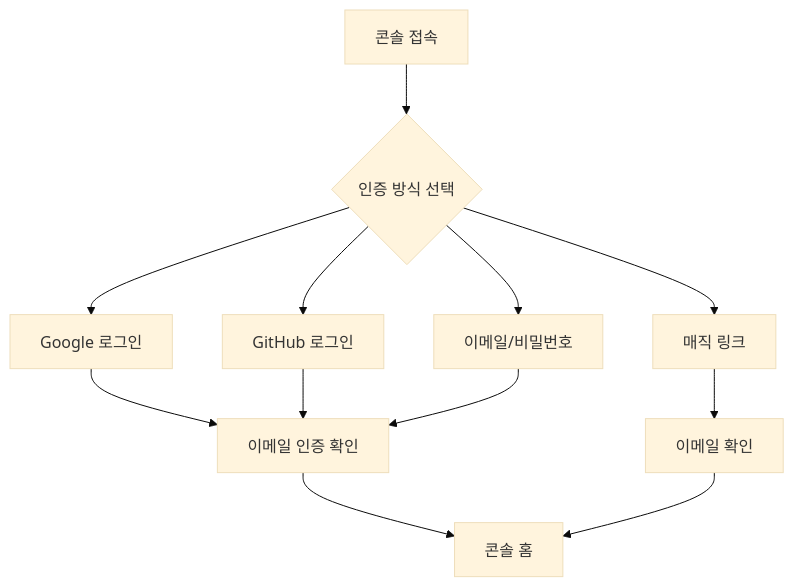
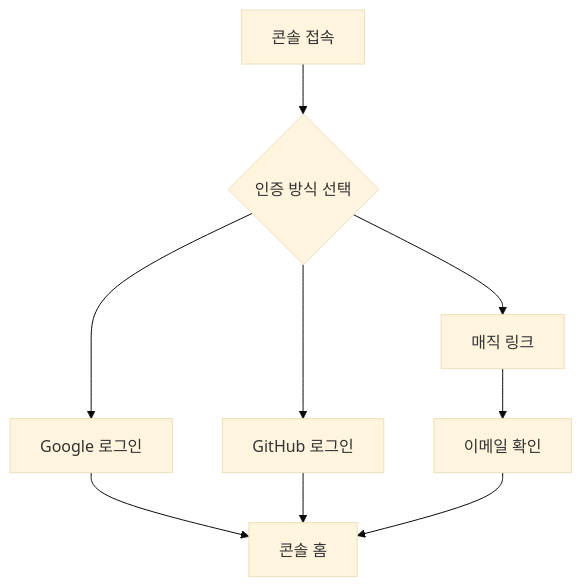
One commit to popup-studio-ai/bkend-docs changed the diagram in ko/console/02-signup-login.md. Above: the diagram before and after it, drawn with Mermaid (base theme). The commit also changed other lines of this file and 28 other files, not shown here.

````diff
--- a/ko/console/02-signup-login.md
+++ b/ko/console/02-signup-login.md
@@ -15,14 +15,11 @@
 ```mermaid
 flowchart TD
     A[콘솔 접속] --> B{인증 방식 선택}
     B --> C[Google 로그인]
     B --> D[GitHub 로그인]
     B --> E[매직 링크]
-    B --> F[이메일/비밀번호]
-    C --> G[이메일 인증 확인]
-    D --> G
-    E --> H[이메일 확인]
-    F --> G
-    G --> I[콘솔 홈]
-    H --> I
+    C --> F[콘솔 홈]
+    D --> F
+    E --> G[이메일 확인]
+    G --> F
 ```
````
